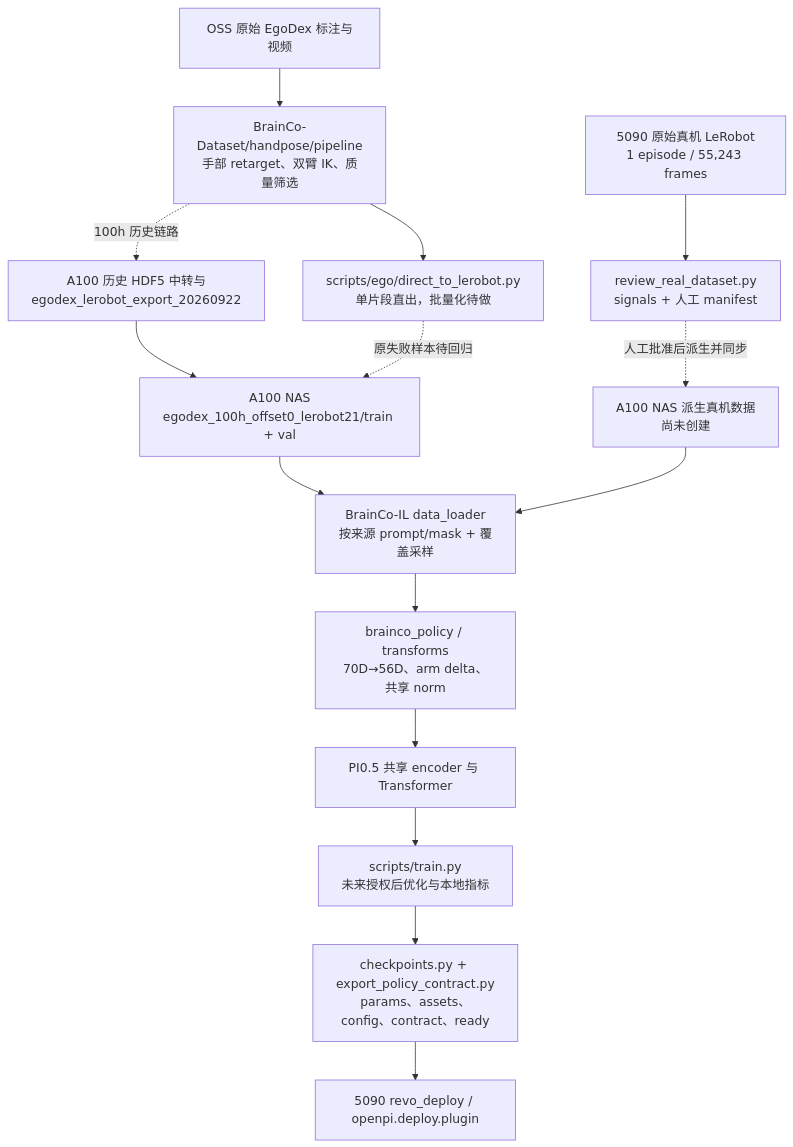
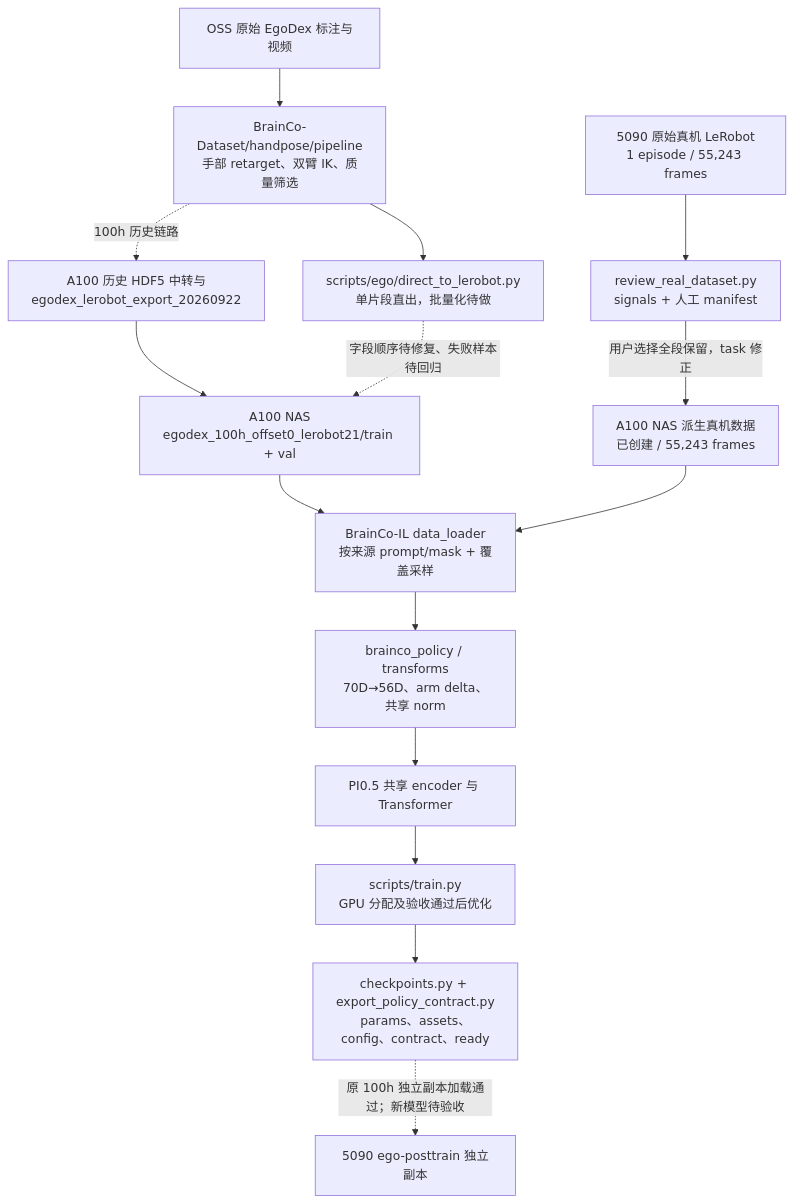
The diagram in docs/ego/POSTTRAIN_ARCHITECTURE.md (YINJIAJU1123/BrainCo-IL), drawn with Mermaid before and after one commit. The commit also changed other lines of this file and 10 other files, not shown here.

````diff
--- a/docs/ego/POSTTRAIN_ARCHITECTURE.md
+++ b/docs/ego/POSTTRAIN_ARCHITECTURE.md
@@ -5,17 +7,17 @@
 ```mermaid
 flowchart TD
   OSS["OSS 原始 EgoDex 标注与视频"] --> DS["BrainCo-Dataset/handpose/pipeline<br/>手部 retarget、双臂 IK、质量筛选"]
   DS --> DIRECT["scripts/ego/direct_to_lerobot.py<br/>单片段直出，批量化待做"]
   DS -. "100h 历史链路" .-> OLD["A100 历史 HDF5 中转与<br/>egodex_lerobot_export_20260922"]
   OLD --> NAS["A100 NAS<br/>egodex_100h_offset0_lerobot21/train + val"]
-  DIRECT -. "原失败样本待回归" .-> NAS
+  DIRECT -. "字段顺序待修复、失败样本待回归" .-> NAS
   REAL["5090 原始真机 LeRobot<br/>1 episode / 55,243 frames"] --> REVIEW["review_real_dataset.py<br/>signals + 人工 manifest"]
-  REVIEW -. "人工批准后派生并同步" .-> REALNAS["A100 NAS 派生真机数据<br/>尚未创建"]
+  REVIEW -->|"用户选择全段保留，task 修正"| REALNAS["A100 NAS 派生真机数据<br/>已创建 / 55,243 frames"]
   NAS --> LOAD["BrainCo-IL data_loader<br/>按来源 prompt/mask + 覆盖采样"]
   REALNAS --> LOAD
   LOAD --> TRANS["brainco_policy / transforms<br/>70D→56D、arm delta、共享 norm"]
   TRANS --> MODEL["PI0.5 共享 encoder 与 Transformer"]
-  MODEL --> TRAIN["scripts/train.py<br/>未来授权后优化与本地指标"]
+  MODEL --> TRAIN["scripts/train.py<br/>GPU 分配及验收通过后优化"]
   TRAIN --> SAVE["checkpoints.py + export_policy_contract.py<br/>params、assets、config、contract、ready"]
-  SAVE --> DEPLOY["5090 revo_deploy / openpi.deploy.plugin"]
+  SAVE -. "原 100h 独立副本加载通过；新模型待验收" .-> DEPLOY["5090 ego-posttrain 独立副本"]
 ```
````
